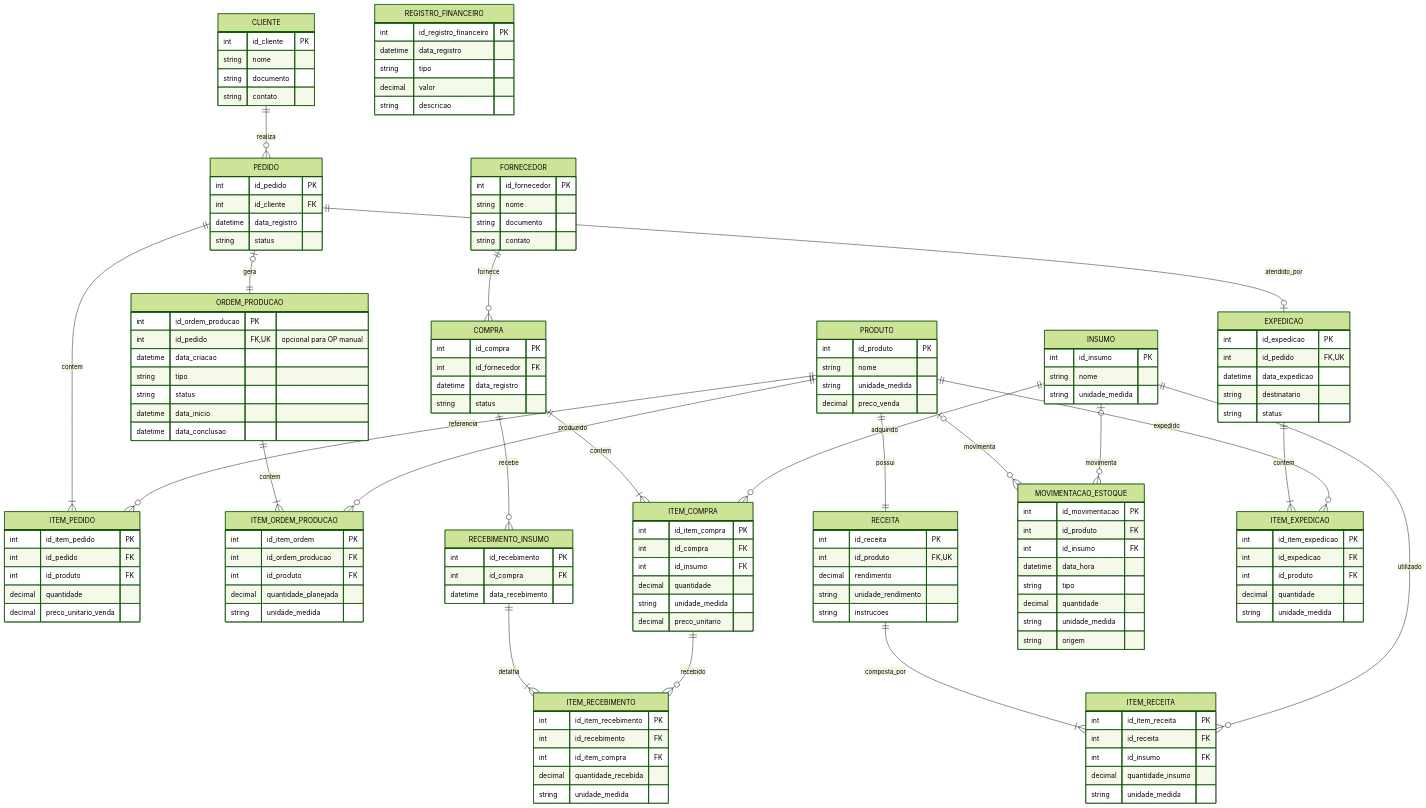
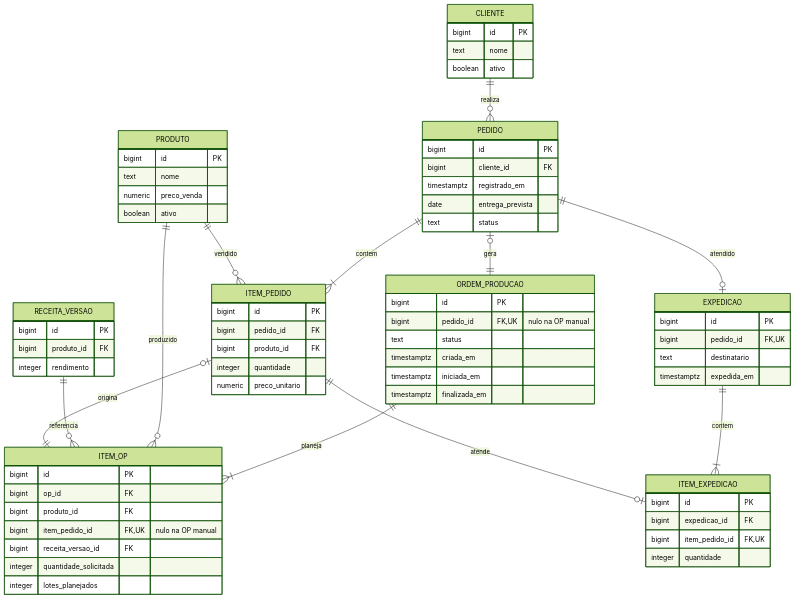
One commit to edumoreira7/TCC---Gestao-Integrada changed the first of 4 diagrams in docs/03-modelagem/dados/README.md. Above: the diagram before and after it, drawn with Mermaid (forest theme). The commit also changed other lines of this file and 74 other files, not shown here.

````diff
--- a/docs/03-modelagem/dados/README.md
+++ b/docs/03-modelagem/dados/README.md
@@ -15,149 +14,73 @@
 ```mermaid
-%% DER lógico — Gestão Integrada de Estoque e Produção no Setor Alimentício
-%% Documentação-base para revisão do grupo — 02/11/2026
 erDiagram
-    CLIENTE ||--o{ PEDIDO : realiza
-    PEDIDO ||--|{ ITEM_PEDIDO : contem
-    PRODUTO ||--o{ ITEM_PEDIDO : referencia
-    PEDIDO o|--|| ORDEM_PRODUCAO : gera
-    ORDEM_PRODUCAO ||--|{ ITEM_ORDEM_PRODUCAO : contem
-    PRODUTO ||--o{ ITEM_ORDEM_PRODUCAO : produzido
-    PRODUTO ||--|| RECEITA : possui
-    RECEITA ||--|{ ITEM_RECEITA : composta_por
-    INSUMO ||--o{ ITEM_RECEITA : utilizado
-    FORNECEDOR ||--o{ COMPRA : fornece
-    COMPRA ||--|{ ITEM_COMPRA : contem
-    INSUMO ||--o{ ITEM_COMPRA : adquirido
-    COMPRA ||--o{ RECEBIMENTO_INSUMO : recebe
-    RECEBIMENTO_INSUMO ||--|{ ITEM_RECEBIMENTO : detalha
-    ITEM_COMPRA ||--o{ ITEM_RECEBIMENTO : recebido
-    PRODUTO o|--o{ MOVIMENTACAO_ESTOQUE : movimenta
-    INSUMO o|--o{ MOVIMENTACAO_ESTOQUE : movimenta
-    PEDIDO ||--o| EXPEDICAO : atendido_por
-    EXPEDICAO ||--|{ ITEM_EXPEDICAO : contem
-    PRODUTO ||--o{ ITEM_EXPEDICAO : expedido
-
-    CLIENTE {
-        int id_cliente PK
-        string nome
-        string documento
-        string contato
-    }
-    PEDIDO {
-        int id_pedido PK
-        int id_cliente FK
-        datetime data_registro
-        string status
-    }
-    ITEM_PEDIDO {
-        int id_item_pedido PK
-        int id_pedido FK
-        int id_produto FK
-        decimal quantidade
-        decimal preco_unitario_venda
-    }
-    PRODUTO {
-        int id_produto PK
-        string nome
-        string unidade_medida
-        decimal preco_venda
-    }
-    RECEITA {
-        int id_receita PK
-        int id_produto FK, UK
-        decimal rendimento
-        string unidade_rendimento
-        string instrucoes
-    }
-    ITEM_RECEITA {
-        int id_item_receita PK
-        int id_receita FK
-        int id_insumo FK
-        decimal quantidade_insumo
-        string unidade_medida
-    }
-    INSUMO {
-        int id_insumo PK
-        string nome
-        string unidade_medida
-    }
-    ORDEM_PRODUCAO {
-        int id_ordem_producao PK
-        int id_pedido FK, UK "opcional para OP manual"
-        datetime data_criacao
-        string tipo
-        string status
-        datetime data_inicio
-        datetime data_conclusao
-    }
-    ITEM_ORDEM_PRODUCAO {
-        int id_item_ordem PK
-        int id_ordem_producao FK
-        int id_produto FK
-        decimal quantidade_planejada
-        string unidade_medida
-    }
-    FORNECEDOR {
-        int id_fornecedor PK
-        string nome
-        string documento
-        string contato
-    }
-    COMPRA {
-        int id_compra PK
-        int id_fornecedor FK
-        datetime data_registro
-        string status
-    }
-    ITEM_COMPRA {
-        int id_item_compra PK
-        int id_compra FK
-        int id_insumo FK
-        decimal quantidade
-        string unidade_medida
-        decimal preco_unitario
-    }
-    RECEBIMENTO_INSUMO {
-        int id_recebimento PK
-        int id_compra FK
-        datetime data_recebimento
-    }
-    ITEM_RECEBIMENTO {
-        int id_item_recebimento PK
-        int id_recebimento FK
-        int id_item_compra FK
-        decimal quantidade_recebida
-        string unidade_medida
-    }
-    MOVIMENTACAO_ESTOQUE {
-        int id_movimentacao PK
-        int id_produto FK
-        int id_insumo FK
-        datetime data_hora
-        string tipo
-        decimal quantidade
-        string unidade_medida
-        string origem
-    }
-    EXPEDICAO {
-        int id_expedicao PK
-        int id_pedido FK, UK
-        datetime data_expedicao
-        string destinatario
-        string status
-    }
-    ITEM_EXPEDICAO {
-        int id_item_expedicao PK
-        int id_expedicao FK
-        int id_produto FK
-        decimal quantidade
-        string unidade_medida
-    }
-    REGISTRO_FINANCEIRO {
-        int id_registro_financeiro PK
-        datetime data_registro
-        string tipo
-        decimal valor
-        string descricao
-    }
+  CLIENTE ||--o{ PEDIDO : realiza
+  PEDIDO ||--|{ ITEM_PEDIDO : contem
+  PRODUTO ||--o{ ITEM_PEDIDO : vendido
+  PEDIDO o|--|| ORDEM_PRODUCAO : gera
+  ORDEM_PRODUCAO ||--|{ ITEM_OP : planeja
+  PRODUTO ||--o{ ITEM_OP : produzido
+  RECEITA_VERSAO ||--o{ ITEM_OP : referencia
+  ITEM_PEDIDO o|--|| ITEM_OP : origina
+  PEDIDO ||--o| EXPEDICAO : atendido
+  EXPEDICAO ||--|{ ITEM_EXPEDICAO : contem
+  ITEM_PEDIDO ||--o| ITEM_EXPEDICAO : atende
+  CLIENTE {
+    bigint id PK
+    text nome
+    boolean ativo
+  }
+  PEDIDO {
+    bigint id PK
+    bigint cliente_id FK
+    timestamptz registrado_em
+    date entrega_prevista
+    text status
+  }
+  PRODUTO {
+    bigint id PK
+    text nome
+    numeric preco_venda
+    boolean ativo
+  }
+  ITEM_PEDIDO {
+    bigint id PK
+    bigint pedido_id FK
+    bigint produto_id FK
+    integer quantidade
+    numeric preco_unitario
+  }
+  ORDEM_PRODUCAO {
+    bigint id PK
+    bigint pedido_id FK,UK "nulo na OP manual"
+    text status
+    timestamptz criada_em
+    timestamptz iniciada_em
+    timestamptz finalizada_em
+  }
+  ITEM_OP {
+    bigint id PK
+    bigint op_id FK
+    bigint produto_id FK
+    bigint item_pedido_id FK,UK "nulo na OP manual"
+    bigint receita_versao_id FK
+    integer quantidade_solicitada
+    integer lotes_planejados
+  }
+  RECEITA_VERSAO {
+    bigint id PK
+    bigint produto_id FK
+    integer rendimento
+  }
+  EXPEDICAO {
+    bigint id PK
+    bigint pedido_id FK,UK
+    text destinatario
+    timestamptz expedida_em
+  }
+  ITEM_EXPEDICAO {
+    bigint id PK
+    bigint expedicao_id FK
+    bigint item_pedido_id FK,UK
+    integer quantidade
+  }
 ```
````
